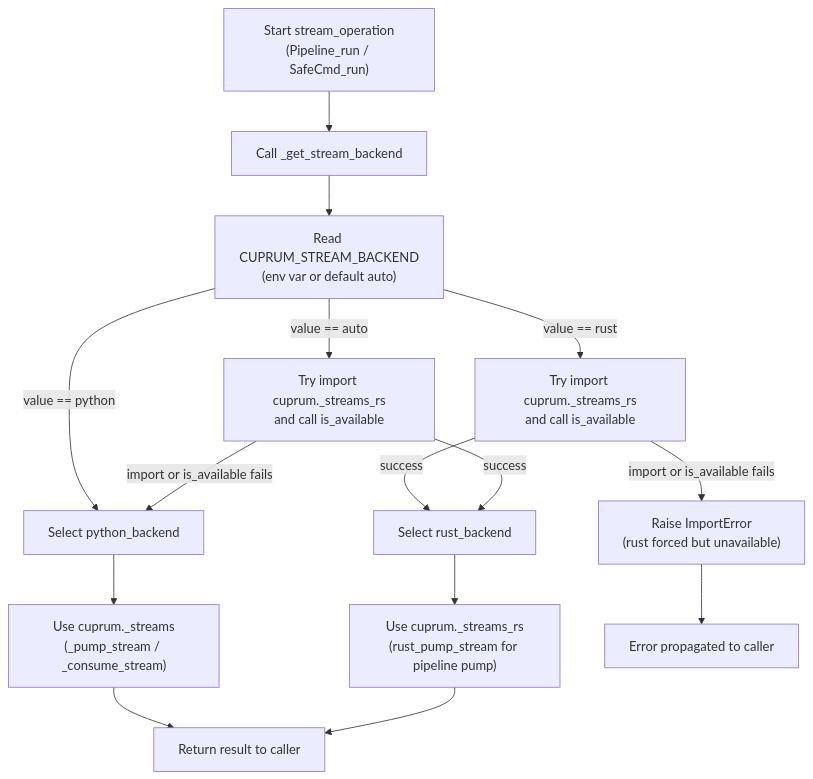
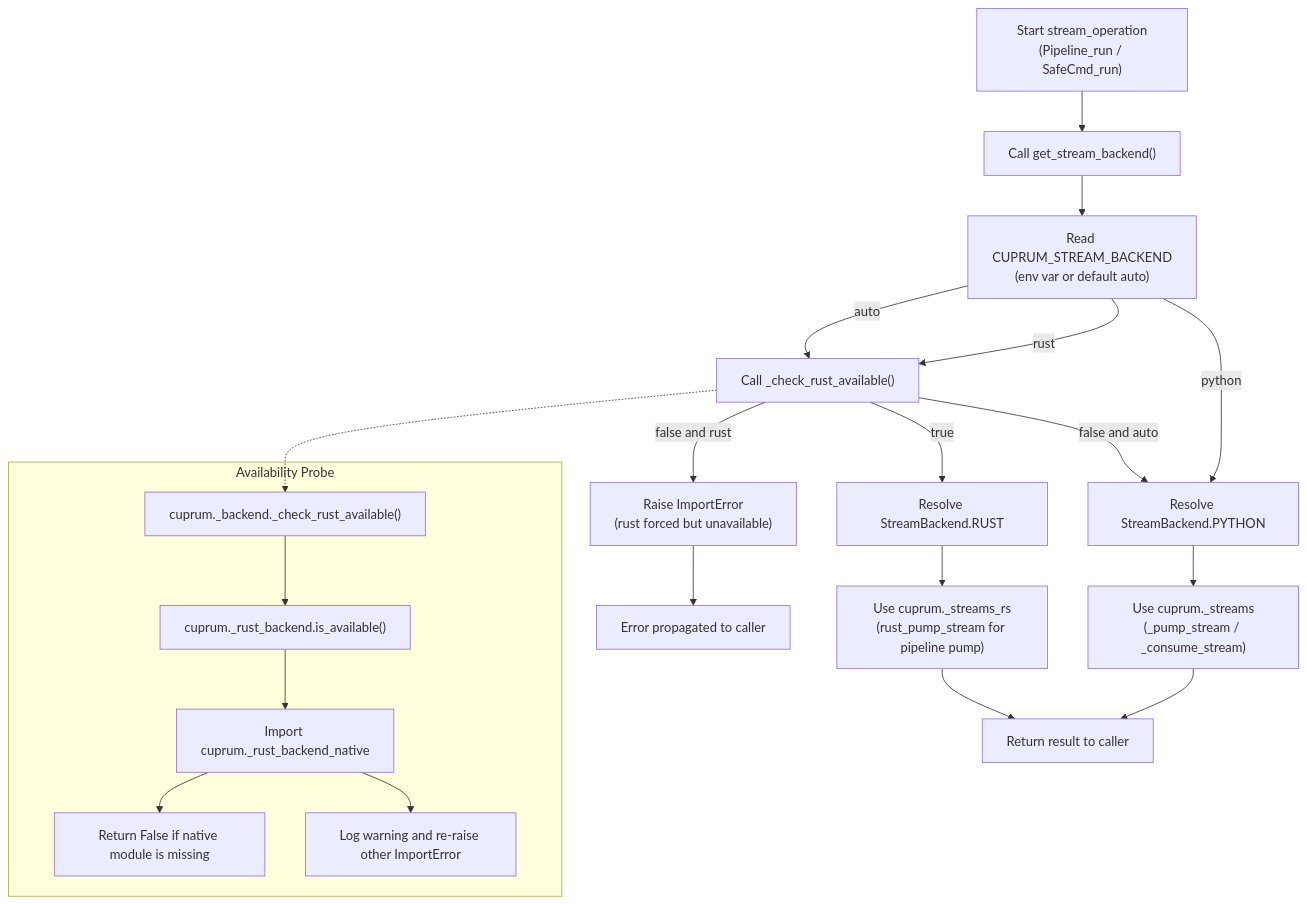
One commit to leynos/cuprum changed the eighth of 8 diagrams in docs/cuprum-design.md. Above: the diagram before and after it, drawn with Mermaid. The commit also changed other lines of this file and 13 other files, not shown here.

First line of the commit message:
Unify the Rust-availability probes behind one resolver (#128) (#143)

````diff
--- a/docs/cuprum-design.md
+++ b/docs/cuprum-design.md
@@ -1866,29 +1876,38 @@
 ```mermaid
 flowchart TD
     A["Start stream_operation
-(Pipeline_run / SafeCmd_run)"] --> B["Call _get_stream_backend"]
+(Pipeline_run / SafeCmd_run)"] --> B["Call get_stream_backend()"]
     B --> C["Read CUPRUM_STREAM_BACKEND
 (env var or default auto)"]
 
-    C -->|"value == rust"| D["Try import cuprum._streams_rs
-and call is_available"]
-    C -->|"value == python"| E["Select python_backend"]
-    C -->|"value == auto"| F["Try import cuprum._streams_rs
-and call is_available"]
+    C -->|"python"| D["Resolve StreamBackend.PYTHON"]
+    C -->|"rust"| E["Call _check_rust_available()"]
+    C -->|"auto"| E
 
-    D -->|"import or is_available fails"| G["Raise ImportError
+    E -->|"true"| F["Resolve StreamBackend.RUST"]
+    E -->|"false and rust"| G["Raise ImportError
 (rust forced but unavailable)"]
-    D -->|"success"| H["Select rust_backend"]
+    E -->|"false and auto"| D
 
-    F -->|"success"| H
-    F -->|"import or is_available fails"| E
-
-    E --> I["Use cuprum._streams
+    D --> H["Use cuprum._streams
 (_pump_stream / _consume_stream)"]
-    H --> J["Use cuprum._streams_rs
+    F --> I["Use cuprum._streams_rs
 (rust_pump_stream for pipeline pump)"]
 
-    I --> K["Return result to caller"]
-    J --> K
-    G --> L["Error propagated to caller"]
+    H --> J["Return result to caller"]
+    I --> J
+    G --> K["Error propagated to caller"]
+
+    subgraph Availability Probe
+        L["cuprum._backend._check_rust_available()"]
+        M["cuprum._rust_backend.is_available()"]
+        N["Import cuprum._rust_backend_native"]
+        O["Return False if native module is missing"]
+        P["Log warning and re-raise other ImportError"]
+    end
+
+    E -.-> L
+    L --> M --> N
+    N --> O
+    N --> P
 ```
````
